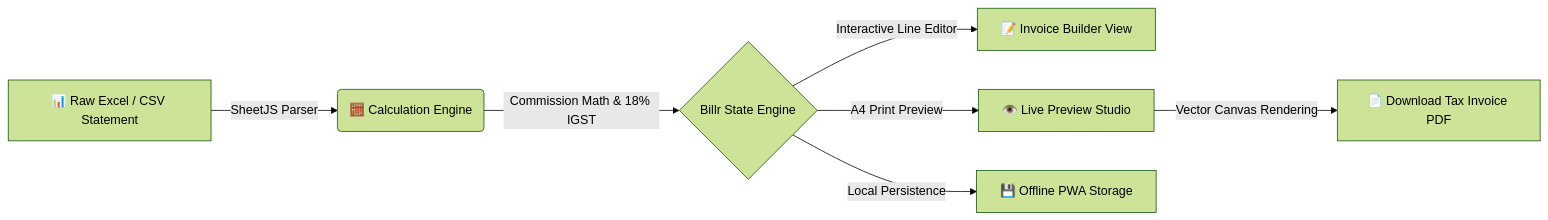
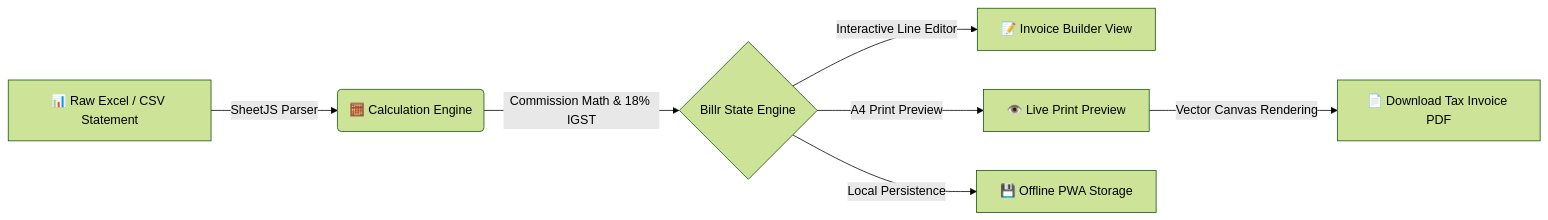
The diagram in README.md (sem1colon/Billr), drawn with Mermaid (forest theme) before and after one commit. The commit also changed other lines of this file and 4 other files, not shown here.

````diff
--- a/README.md
+++ b/README.md
@@ -47,9 +47,9 @@
 ```mermaid
 flowchart LR
     A[📊 Raw Excel / CSV Statement] -->|SheetJS Parser| B(🧮 Calculation Engine)
     B -->|Commission Math & 18% IGST| C{Billr State Engine}
     C -->|Interactive Line Editor| D[📝 Invoice Builder View]
-    C -->|A4 Print Preview| E[👁️ Live Preview Studio]
+    C -->|A4 Print Preview| E[👁️ Live Print Preview]
     E -->|Vector Canvas Rendering| F[📄 Download Tax Invoice PDF]
     C -->|Local Persistence| G[💾 Offline PWA Storage]
 ```
````
